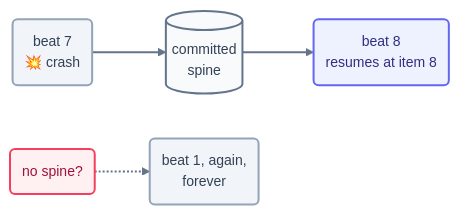
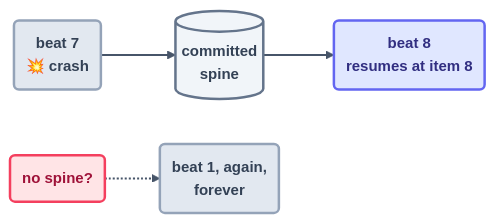
One commit to ayeshakhalid192007-dev/LoopEngineering-CrashCourse changed the diagram in docs/06-part-4-the-spine/README.md. Above: the diagram before and after it, drawn with Mermaid. The commit also changed 66 other files, not shown here.

First line of the commit message:
docs(diagrams): visibly bolder pass — deeper fills, heavier strokes, semibold labels

````diff
--- a/docs/06-part-4-the-spine/README.md
+++ b/docs/06-part-4-the-spine/README.md
@@ -15,12 +15,12 @@
 ```mermaid
-%%{init: {'theme':'base','themeVariables':{'fontFamily':'ui-sans-serif, system-ui, sans-serif','fontSize':'14px','lineColor':'#64748b','edgeLabelBackground':'#f8fafc'},'flowchart':{'curve':'basis','nodeSpacing':45,'rankSpacing':55,'padding':12}}}%%
+%%{init: {'theme':'base','themeVariables':{'fontFamily':'ui-sans-serif, system-ui, sans-serif','fontSize':'15px','lineColor':'#475569','edgeLabelBackground':'#f8fafc'},'flowchart':{'curve':'basis','nodeSpacing':45,'rankSpacing':55,'padding':12}}}%%
 flowchart LR
     B7("beat 7<br/>💥 crash"):::stop --> SP[("committed<br/>spine")]:::file
     SP ==> B8("beat 8<br/>resumes at item 8"):::beat
     NOSP("no spine?"):::limit -.-> B1("beat 1, again,<br/>forever"):::stop
-    linkStyle default stroke:#64748b,stroke-width:2px;
-    classDef stop fill:#f1f5f9,stroke:#94a3b8,stroke-width:2px,color:#334155;
-    classDef file fill:#f8fafc,stroke:#64748b,stroke-width:2px,color:#334155;
-    classDef beat fill:#eef2ff,stroke:#6366f1,stroke-width:2px,color:#312e81;
-    classDef limit fill:#fff1f2,stroke:#f43f5e,stroke-width:2px,color:#9f1239;
+    linkStyle default stroke:#475569,stroke-width:2px;
+    classDef stop fill:#e2e8f0,stroke:#94a3b8,stroke-width:2.5px,color:#334155,font-weight:600;
+    classDef file fill:#f1f5f9,stroke:#64748b,stroke-width:2.5px,color:#334155,font-weight:600;
+    classDef beat fill:#e0e7ff,stroke:#6366f1,stroke-width:2.5px,color:#312e81,font-weight:600;
+    classDef limit fill:#ffe4e6,stroke:#f43f5e,stroke-width:2.5px,color:#9f1239,font-weight:600;
 ```
````
